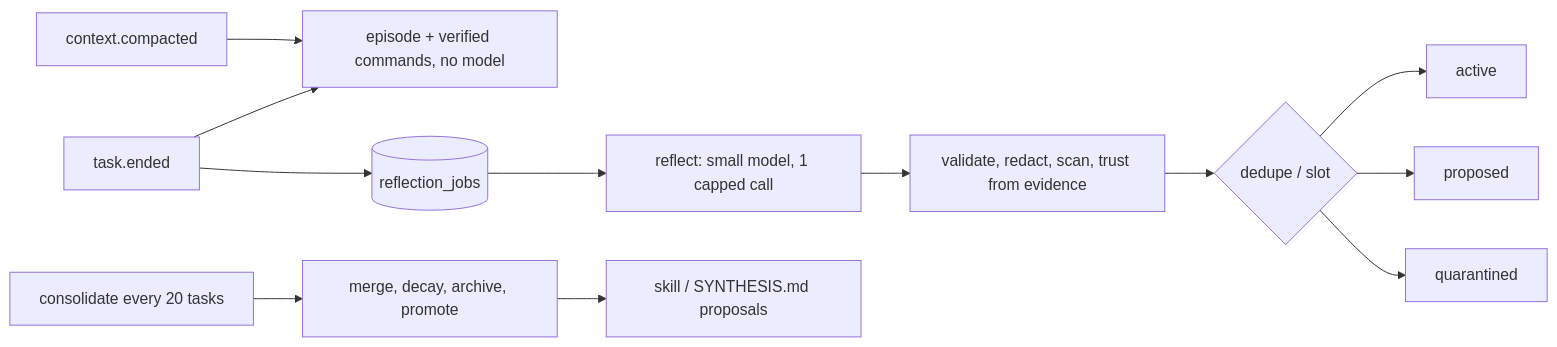
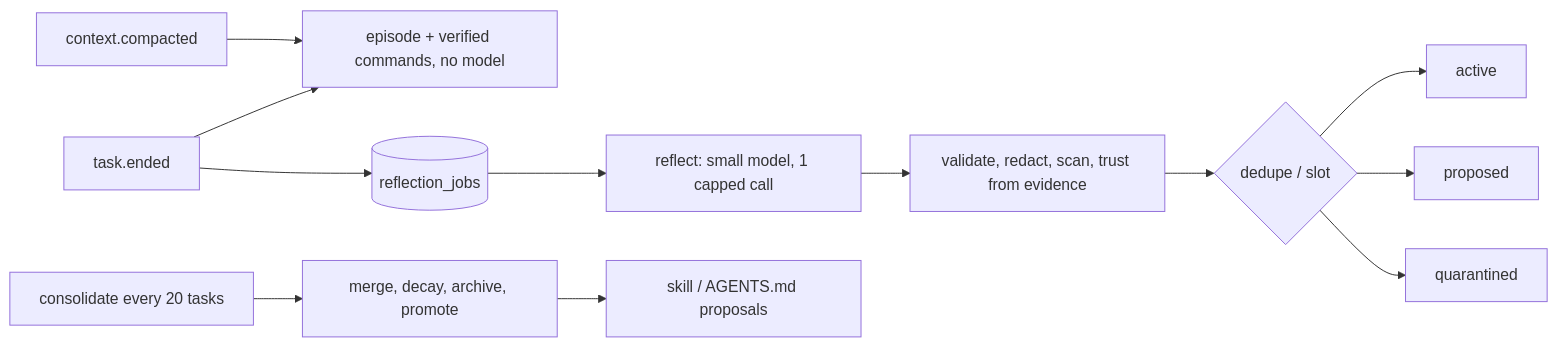
One commit to DevOnChain101/synthesis changed the diagram in docs/specs/memory.md. Above: the diagram before and after it, drawn with Mermaid. The commit also changed other lines of this file and 272 other files, not shown here.

````diff
--- a/docs/specs/memory.md
+++ b/docs/specs/memory.md
@@ -133,11 +133,11 @@
 ```mermaid
 flowchart LR
   T[task.ended] --> E[episode + verified commands, no model]
   T --> J[(reflection_jobs)]
   C[context.compacted] --> E
   J --> R[reflect: small model, 1 capped call]
   R --> V[validate, redact, scan, trust from evidence]
   V --> D{dedupe / slot}
   D --> A[active] & P[proposed] & Q[quarantined]
-  K[consolidate every 20 tasks] --> M[merge, decay, archive, promote] --> S[skill / SYNTHESIS.md proposals]
+  K[consolidate every 20 tasks] --> M[merge, decay, archive, promote] --> S[skill / AGENTS.md proposals]
 ```
````
